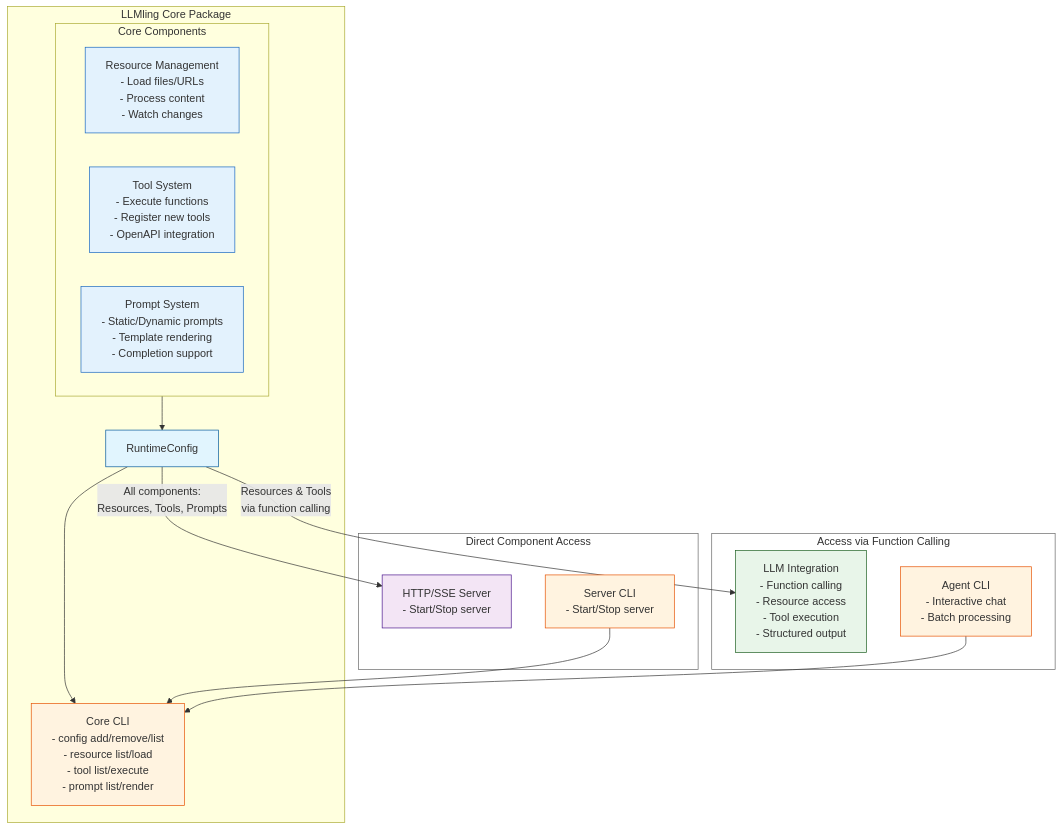
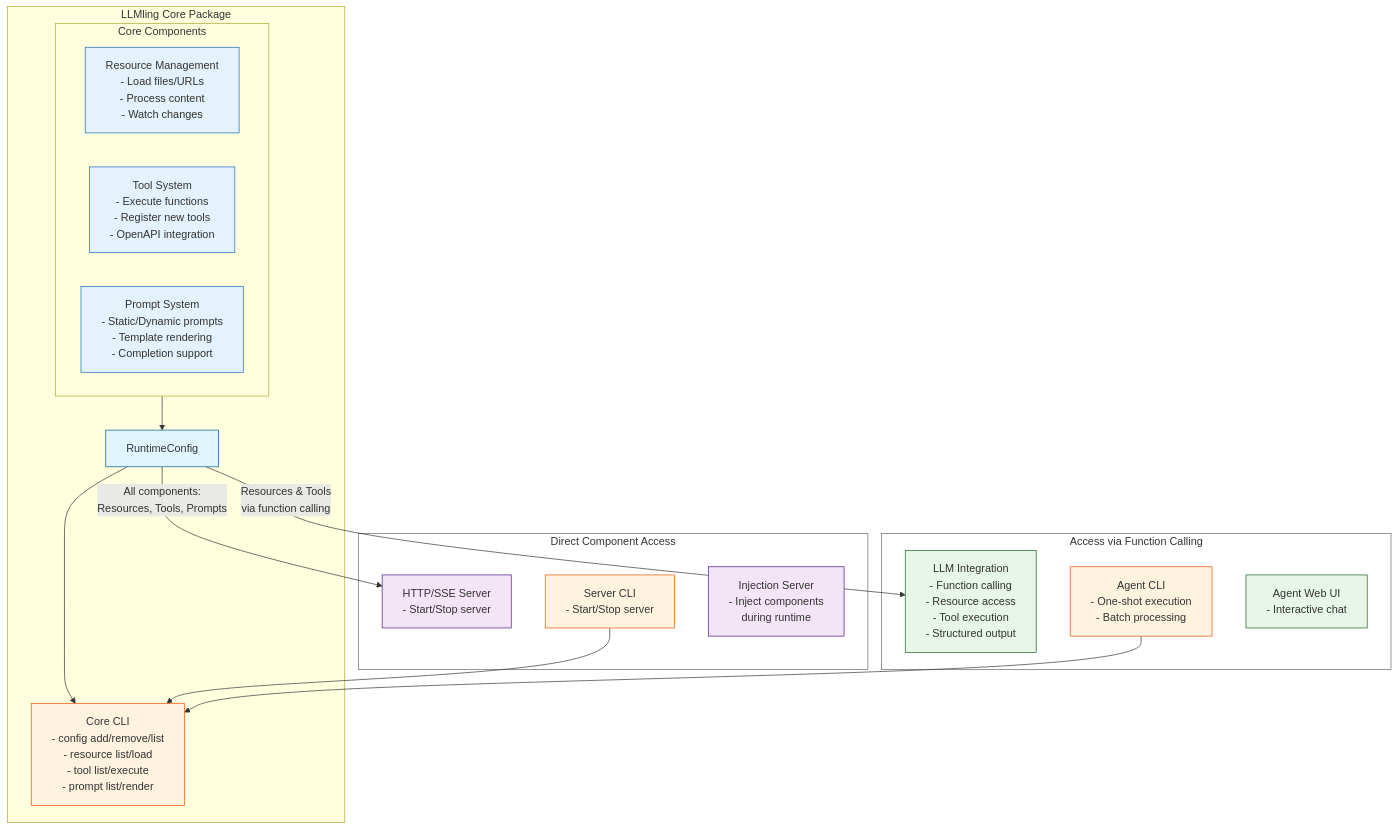
One commit to phil65/LLMling changed the diagram in README.md. Above: the diagram before and after it, drawn with Mermaid. The commit also changed other lines of this file, not shown here.

````diff
--- a/README.md
+++ b/README.md
@@ -53,46 +53,48 @@
 ```mermaid
 graph TB
     subgraph LLMling[LLMling Core Package]
         RT[RuntimeConfig]
 
         subgraph Core_Components[Core Components]
             Resources[Resource Management<br/>- Load files/URLs<br/>- Process content<br/>- Watch changes]
             Tools[Tool System<br/>- Execute functions<br/>- Register new tools<br/>- OpenAPI integration]
             Prompts[Prompt System<br/>- Static/Dynamic prompts<br/>- Template rendering<br/>- Completion support]
         end
 
         CLI[Core CLI<br/>- config add/remove/list<br/>- resource list/load<br/>- tool list/execute<br/>- prompt list/render]
 
         Core_Components --> RT
         RT --> CLI
     end
 
     subgraph Direct_Access[Direct Component Access]
         MCP[HTTP/SSE Server<br/>- Start/Stop server]
         MCP_CLI[Server CLI<br/>- Start/Stop server]
+        Injection[Injection Server<br/>- Inject components<br/>during runtime]
     end
 
     subgraph Function_Access[Access via Function Calling]
         LLM[LLM Integration<br/>- Function calling<br/>- Resource access<br/>- Tool execution<br/>- Structured output]
-        Agent_CLI[Agent CLI<br/>- Interactive chat<br/>- Batch processing]
+        Agent_CLI[Agent CLI<br/>- One-shot execution<br/>- Batch processing]
+        Agent_Web[Agent Web UI<br/>- Interactive chat]
     end
 
     RT -->|All components:<br/>Resources, Tools, Prompts| MCP
     RT -->|Resources & Tools<br/>via function calling| LLM
     MCP_CLI --> CLI
     Agent_CLI --> CLI
 
     classDef core fill:#e1f5fe,stroke:#01579b
     classDef comp fill:#e3f2fd,stroke:#1565c0
     classDef cli fill:#fff3e0,stroke:#e65100
     classDef mcp fill:#f3e5f5,stroke:#4a148c
     classDef agent fill:#e8f5e9,stroke:#1b5e20
     classDef access fill:#fff,stroke:#666
 
     class RT core
     class Resources,Tools,Prompts comp
     class CLI,MCP_CLI,Agent_CLI cli
-    class MCP mcp
-    class LLM agent
+    class MCP,Injection mcp
+    class LLM,Agent_Web agent
     class Direct_Access,Function_Access access
 ```
````
